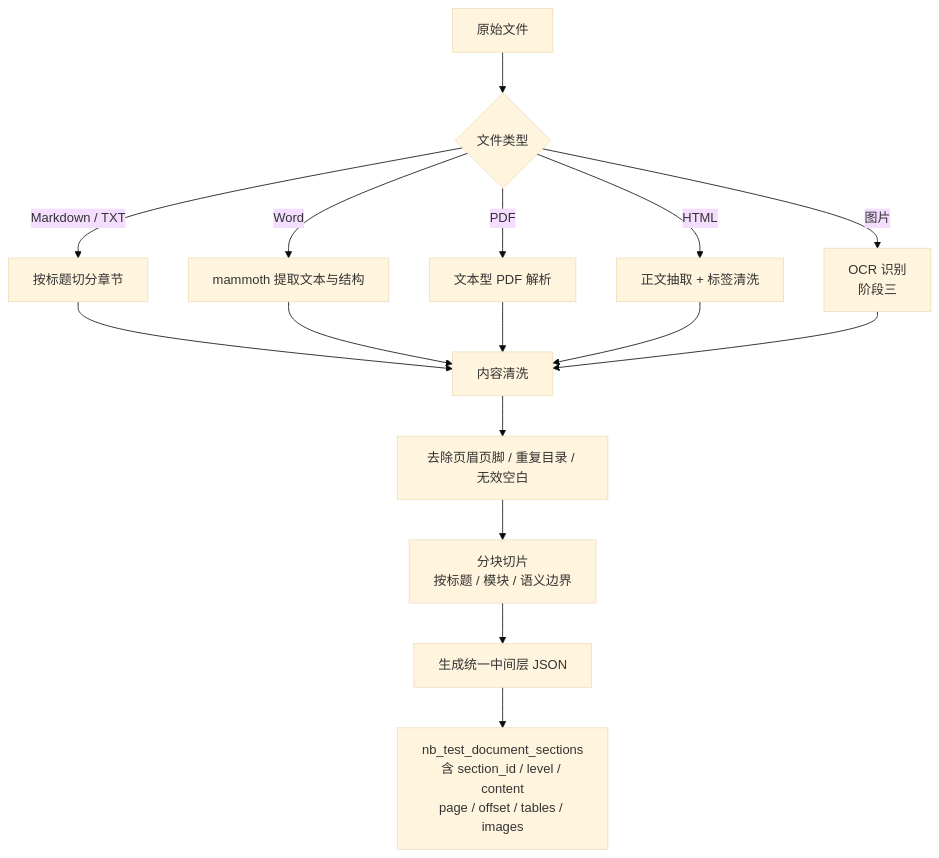
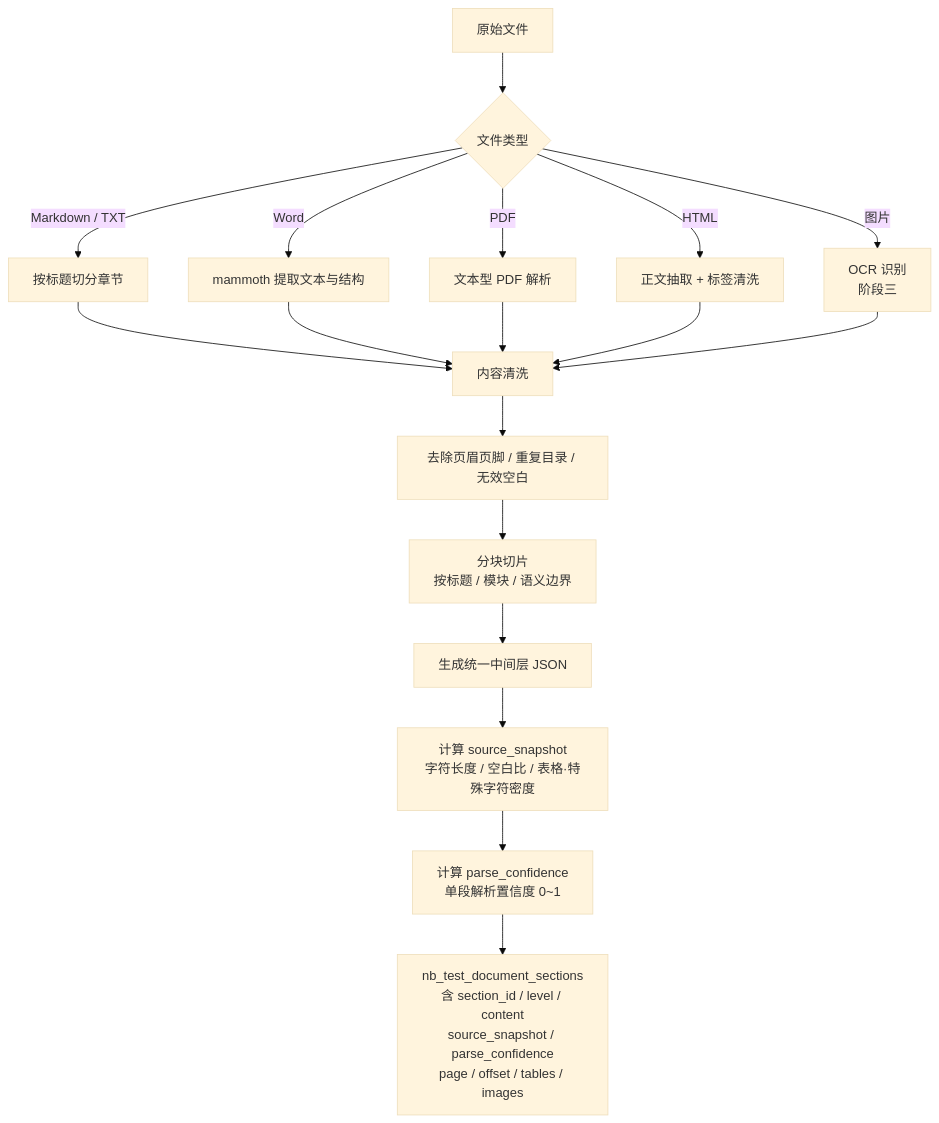
Before and after one commit to lauragao/ai-test-platform: the sixth of 10 diagrams in 流程图.md, drawn with Mermaid (base theme). The commit also changed other lines of this file and 38 other files, not shown here.

````diff
--- a/流程图.md
+++ b/流程图.md
@@ -205,22 +259,24 @@
 ```mermaid
 flowchart TD
     A[原始文件] --> B{文件类型}
 
     B -->|Markdown / TXT| C1[按标题切分章节]
     B -->|Word| C2[mammoth 提取文本与结构]
     B -->|PDF| C3[文本型 PDF 解析]
     B -->|HTML| C4[正文抽取 + 标签清洗]
     B -->|图片| C5[OCR 识别<br/>阶段三]
 
     C1 --> D[内容清洗]
     C2 --> D
     C3 --> D
     C4 --> D
     C5 --> D
 
     D --> E[去除页眉页脚 / 重复目录 / 无效空白]
     E --> F[分块切片<br/>按标题 / 模块 / 语义边界]
     F --> G[生成统一中间层 JSON]
+    G --> G1[计算 source_snapshot<br/>字符长度 / 空白比 / 表格·特殊字符密度]
+    G1 --> G2[计算 parse_confidence<br/>单段解析置信度 0~1]
 
-    G --> H["nb_test_document_sections<br/>含 section_id / level / content<br/>page / offset / tables / images"]
+    G2 --> H["nb_test_document_sections<br/>含 section_id / level / content<br/>source_snapshot / parse_confidence<br/>page / offset / tables / images"]
 ```
````
